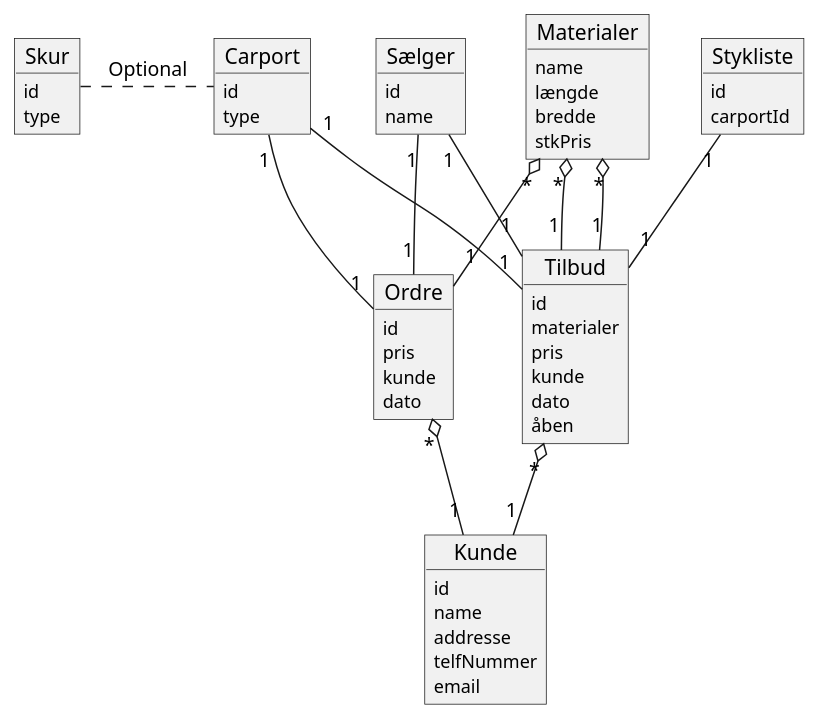
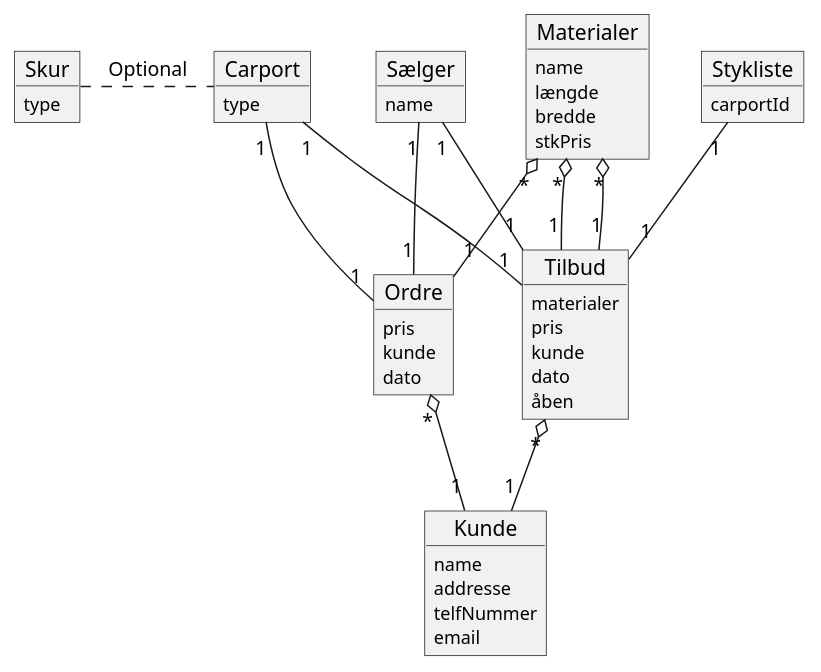
Before and after one commit to kalhauge/Fog: the diagram in src/main/Diagrammer/DomainDiagram.puml, drawn with PlantUML. The commit also changed 1 other file, not shown here.

Commit message:
plantUml + png

```diff
--- a/src/main/Diagrammer/DomainDiagram.puml
+++ b/src/main/Diagrammer/DomainDiagram.puml
@@ -1,61 +1,54 @@
 @startuml
 
 object Kunde
-Kunde : <size:12>id
 Kunde : <size:12>name
 Kunde : <size:12>addresse
 Kunde : <size:12>telfNummer
 Kunde : <size:12>email
 
 object Sælger
-Sælger : <size:12>id
 Sælger : <size:12>name
 
 
 object Materialer
 Materialer : <size:12>name
 Materialer : <size:12>længde
 Materialer : <size:12>bredde
 Materialer : <size:12>stkPris
 
 object Tilbud
-Tilbud : <size:12>id
 Tilbud : <size:12>materialer
 Tilbud : <size:12>pris
 Tilbud : <size:12>kunde
 Tilbud : <size:12>dato
 Tilbud : <size:12>åben
 
 object Ordre
-Ordre : <size:12>id
 Ordre : <size:12>pris
 Ordre : <size:12>kunde
 Ordre : <size:12>dato
 
 object Carport
-Carport : <size:12>id
 Carport : <size:12>type
 
 object Skur
-Skur : <size:12>id
 Skur : <size:12>type
 
 object Stykliste
-Stykliste : <size:12>id
 Stykliste : <size:12>carportId
 
 
 Materialer "*" o-- "1" Ordre
 Materialer "*" o-- "1" Tilbud
 Tilbud "*" o-- "1" Kunde
 Ordre"*" o-- "1" Kunde
 Materialer "*" o-- "1" Tilbud
 Stykliste "1" -- "1" Tilbud
 Carport "1" -- "1" Tilbud
 Carport "1" -- "1" Ordre
 Sælger "1" -- "1" Tilbud
 Sælger "1" -- "1" Ordre
 
 
 Skur . Carport : Optional
 @enduml
```
